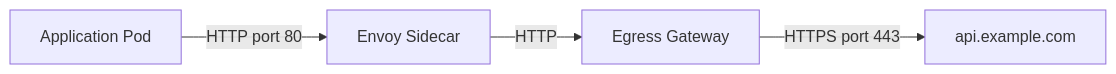
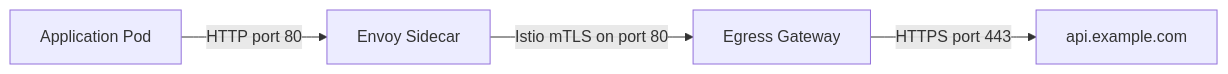
The diagram in posts/2026-02-24-how-to-set-up-tls-origination-for-external-services-in-istio/README.md (OneUptime/blog), drawn with Mermaid before and after one commit. The commit also changed other lines of this file and 2 other files, not shown here.

Commit message:
validate: 2026-02-24-how-to-set-up-tls-origination-for-external-services-in-istio

````diff
--- a/posts/2026-02-24-how-to-set-up-tls-origination-for-external-services-in-istio/README.md
+++ b/posts/2026-02-24-how-to-set-up-tls-origination-for-external-services-in-istio/README.md
@@ -242,6 +270,6 @@
 ```mermaid
 graph LR
     App[Application Pod] -->|HTTP port 80| Sidecar[Envoy Sidecar]
-    Sidecar -->|HTTP| EG[Egress Gateway]
+    Sidecar -->|Istio mTLS on port 80| EG[Egress Gateway]
     EG -->|HTTPS port 443| Ext[api.example.com]
 ```
````
